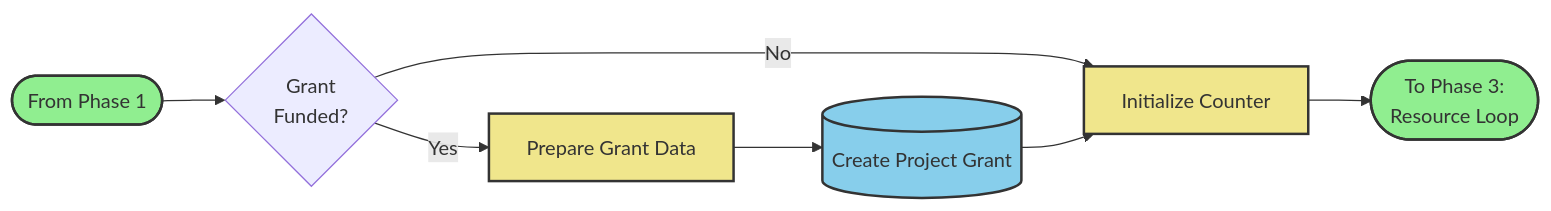
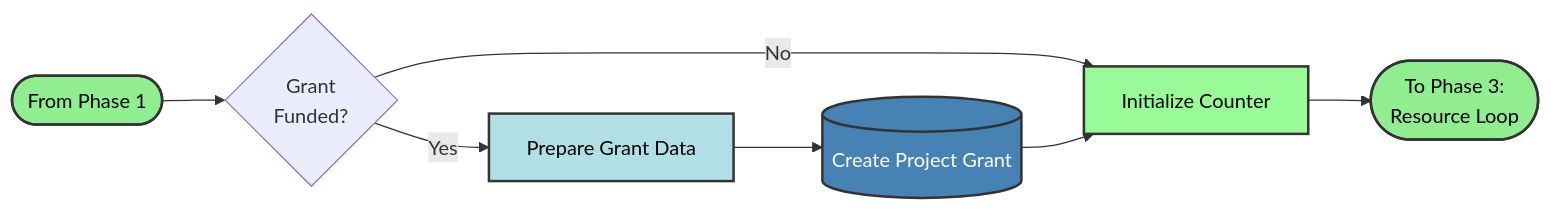
The third of 6 diagrams in README.md (akj/mermaid-sample), drawn with Mermaid before and after one commit. The commit also changed other lines of this file, not shown here.

````diff
--- a/README.md
+++ b/README.md
@@ -58,17 +63,19 @@
 ```mermaid
 flowchart LR
     Phase1([From Phase 1]) --> HasGrant{Grant<br/>Funded?}
     HasGrant -->|Yes| PrepareGrant[Prepare Grant Data]
     HasGrant -->|No| InitCounter[Initialize Counter]
     PrepareGrant --> CreateGrant[(Create Project Grant)]
     CreateGrant --> InitCounter
     InitCounter --> Phase3([To Phase 3:<br/>Resource Loop])
 
-    classDef dbStyle fill:#87CEEB,stroke:#333,stroke-width:2px
-    classDef startEnd fill:#90EE90,stroke:#333,stroke-width:2px
-    classDef processStyle fill:#F0E68C,stroke:#333,stroke-width:2px
+    classDef dbStyle fill:#4682B4,stroke:#333,stroke-width:2px,color:#FFF
+    classDef startEnd fill:#90EE90,stroke:#333,stroke-width:2px,color:#000
+    classDef prepareStyle fill:#B0E0E6,stroke:#333,stroke-width:2px,color:#000
+    classDef initStyle fill:#98FB98,stroke:#333,stroke-width:2px,color:#000
 
     class CreateGrant dbStyle
     class Phase1,Phase3 startEnd
-    class PrepareGrant,InitCounter processStyle
+    class PrepareGrant prepareStyle
+    class InitCounter initStyle
 ```
````
